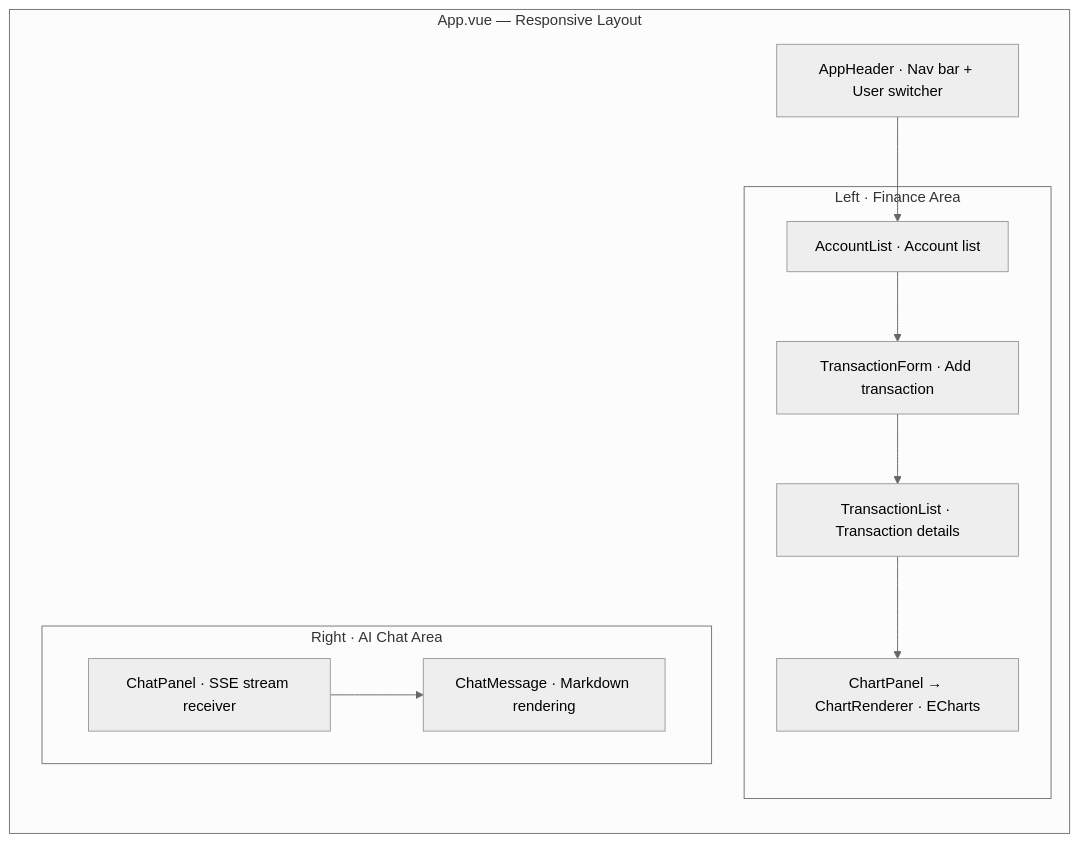
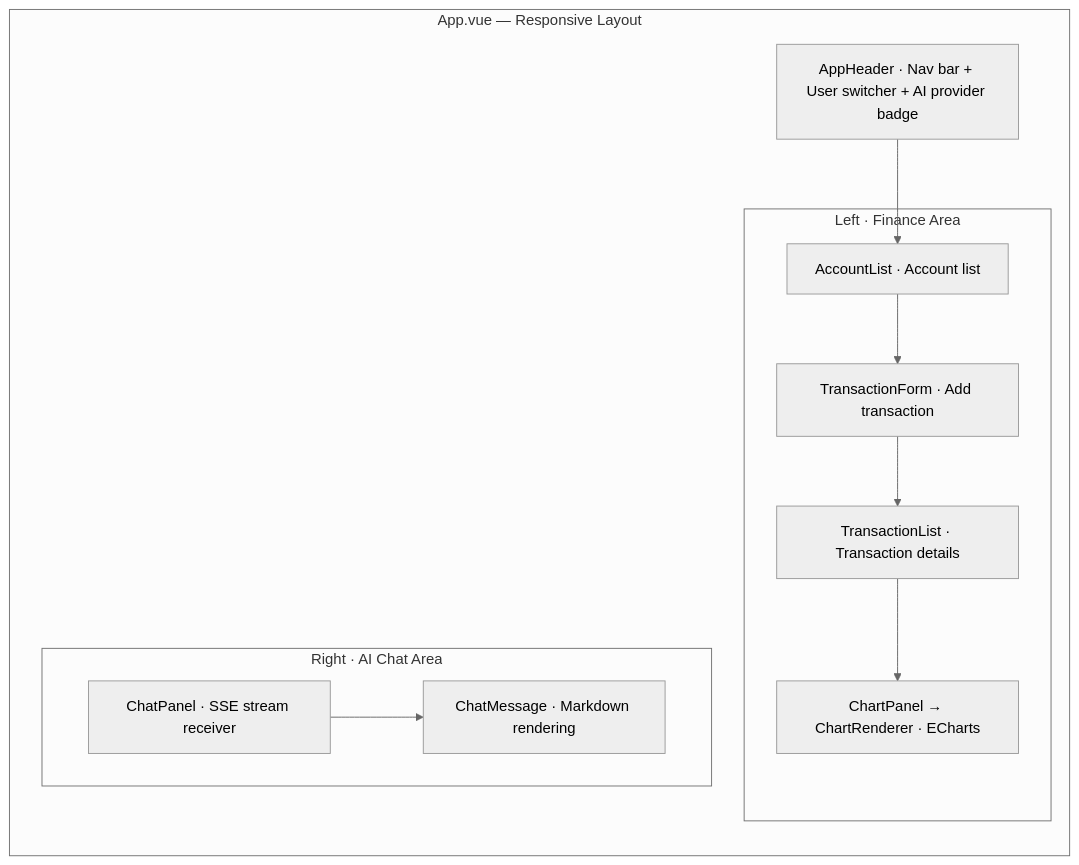
The fourth of 4 diagrams in README_EN.md (reallyhwc/test-learn-agent), drawn with Mermaid (neutral theme) before and after one commit. The commit also changed other lines of this file and 2 other files, not shown here.

````diff
--- a/README_EN.md
+++ b/README_EN.md
@@ -201,25 +232,25 @@
 ```mermaid
 graph TB
     subgraph "App.vue — Responsive Layout"
         direction TB
-        HEADER["AppHeader · Nav bar + User switcher"]
-        
+        HEADER["AppHeader · Nav bar + User switcher + AI provider badge"]
+
         subgraph "Left · Finance Area"
             ACC["AccountList · Account list"]
             FORM["TransactionForm · Add transaction"]
             LIST["TransactionList · Transaction details"]
             CHART["ChartPanel → ChartRenderer · ECharts"]
         end
-        
+
         subgraph "Right · AI Chat Area"
             CHAT["ChatPanel · SSE stream receiver"]
             MSG["ChatMessage · Markdown rendering"]
         end
     end
-    
+
     HEADER --> ACC
     ACC --> FORM
     FORM --> LIST
     LIST --> CHART
     CHAT --> MSG
 ```
````
